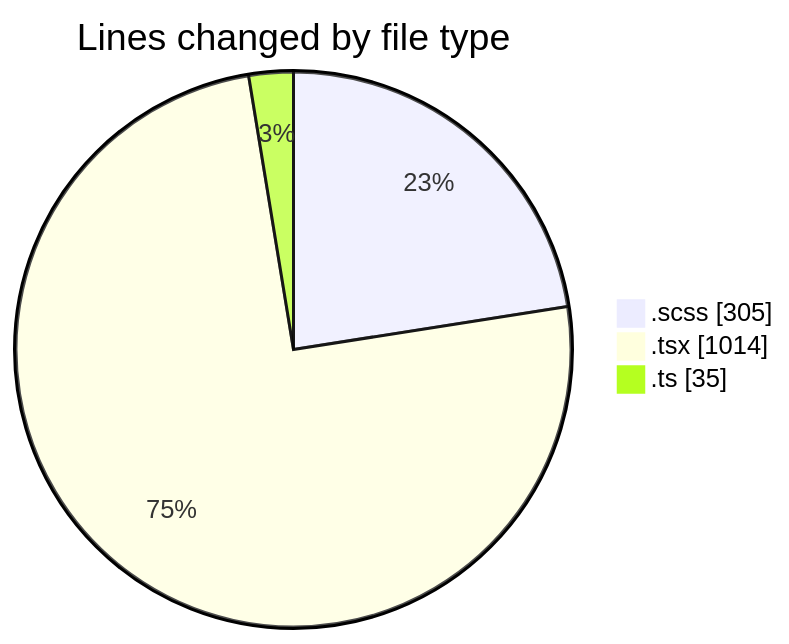
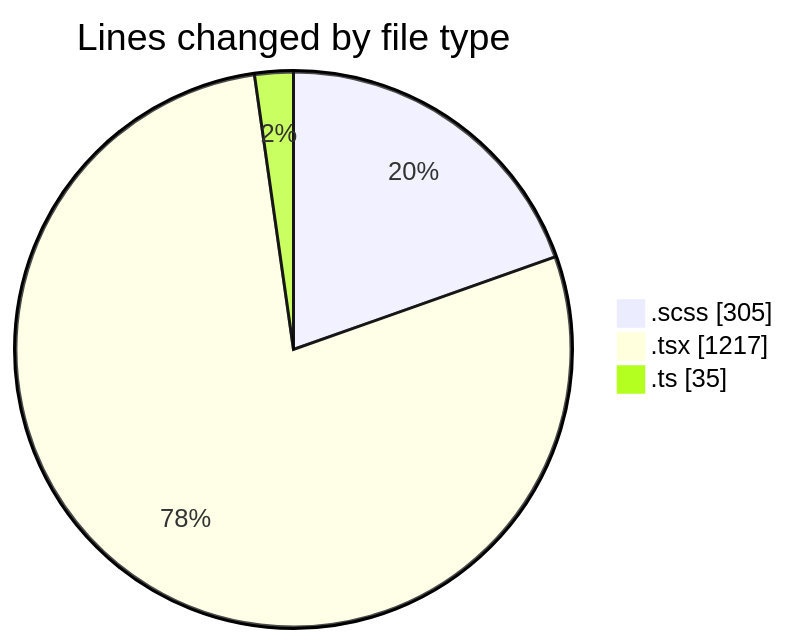
One commit to momahboobian/code-tracking changed the first of 2 diagrams in 2025-03-04/cda/README.md. Above: the diagram before and after it, drawn with Mermaid. The commit also changed other lines of this file and 1 other file, not shown here.

````diff
--- a/2025-03-04/cda/README.md
+++ b/2025-03-04/cda/README.md
@@ -27,7 +28,7 @@
 ```mermaid
 pie showData
 title Lines changed by file type
 ".scss" : 305
-".tsx" : 1014
+".tsx" : 1217
 ".ts" : 35
 ```
````
